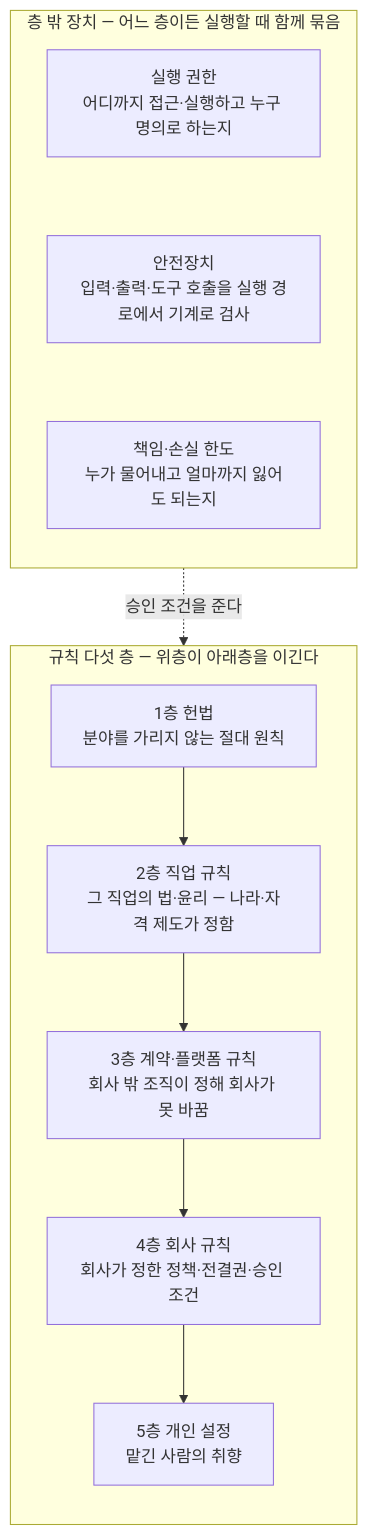
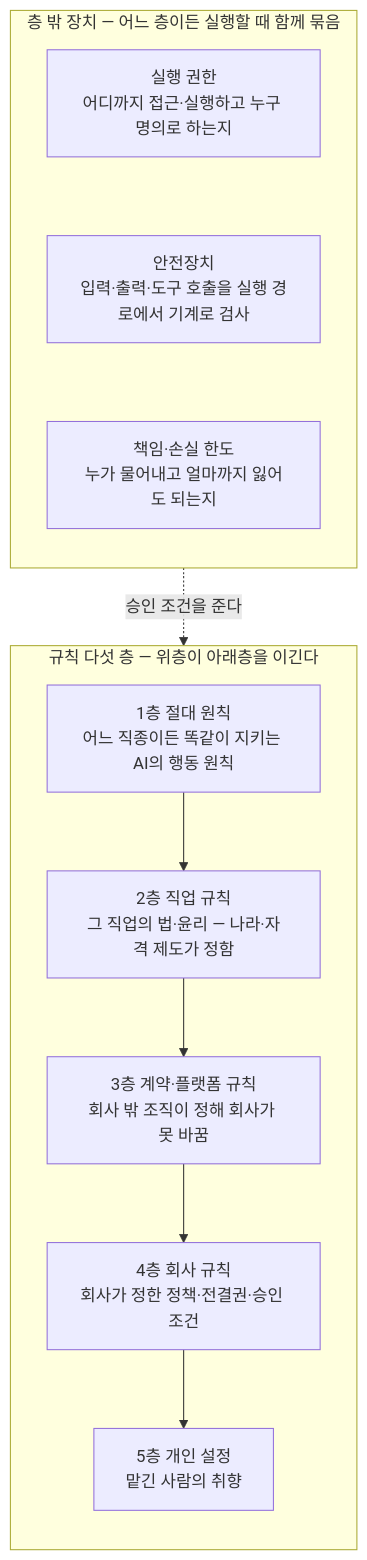
One commit to harisbaguette/expert changed the diagram in 전문가 에이전트 정의.md. Above: the diagram before and after it, drawn with Mermaid. The commit also changed other lines of this file, not shown here.

Commit message:
규칙 1층 이름을 '헌법'에서 '절대 원칙'으로 — 나라 헌법으로 읽혀 헷갈린다는 지적. 산식·구조도·재료 표·구상 소제목 4곳을 같이 바꾸고, 뜻 칸에 Constitution은 업계 이름일 뿐 나라 헌법이 아니며 법령은 직업 규칙에 둔다는 한 줄 추가

````diff
--- a/전문가 에이전트 정의.md
+++ b/전문가 에이전트 정의.md
@@ -408,20 +408,20 @@
 ```mermaid
 flowchart TB
     subgraph LAYERS["규칙 다섯 층 — 위층이 아래층을 이긴다"]
         direction TB
-        L1["1층 헌법<br/>분야를 가리지 않는 절대 원칙"]
+        L1["1층 절대 원칙<br/>어느 직종이든 똑같이 지키는 AI의 행동 원칙"]
         L2["2층 직업 규칙<br/>그 직업의 법·윤리 — 나라·자격 제도가 정함"]
         L3["3층 계약·플랫폼 규칙<br/>회사 밖 조직이 정해 회사가 못 바꿈"]
         L4["4층 회사 규칙<br/>회사가 정한 정책·전결권·승인 조건"]
         L5["5층 개인 설정<br/>맡긴 사람의 취향"]
         L1 --> L2 --> L3 --> L4 --> L5
     end
     subgraph DEVICES["층 밖 장치 — 어느 층이든 실행할 때 함께 묶음"]
         direction TB
         P["실행 권한<br/>어디까지 접근·실행하고 누구 명의로 하는지"]
         G["안전장치<br/>입력·출력·도구 호출을 실행 경로에서 기계로 검사"]
         R["책임·손실 한도<br/>누가 물어내고 얼마까지 잃어도 되는지"]
         P ~~~ G ~~~ R
     end
     R -. 승인 조건을 준다 .-> L4
 ```
````
